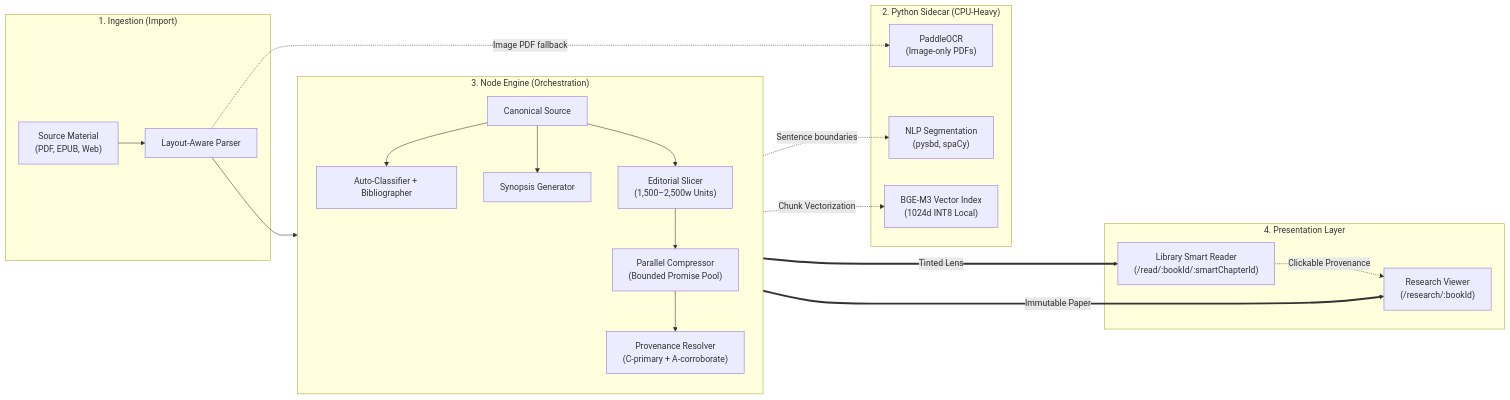
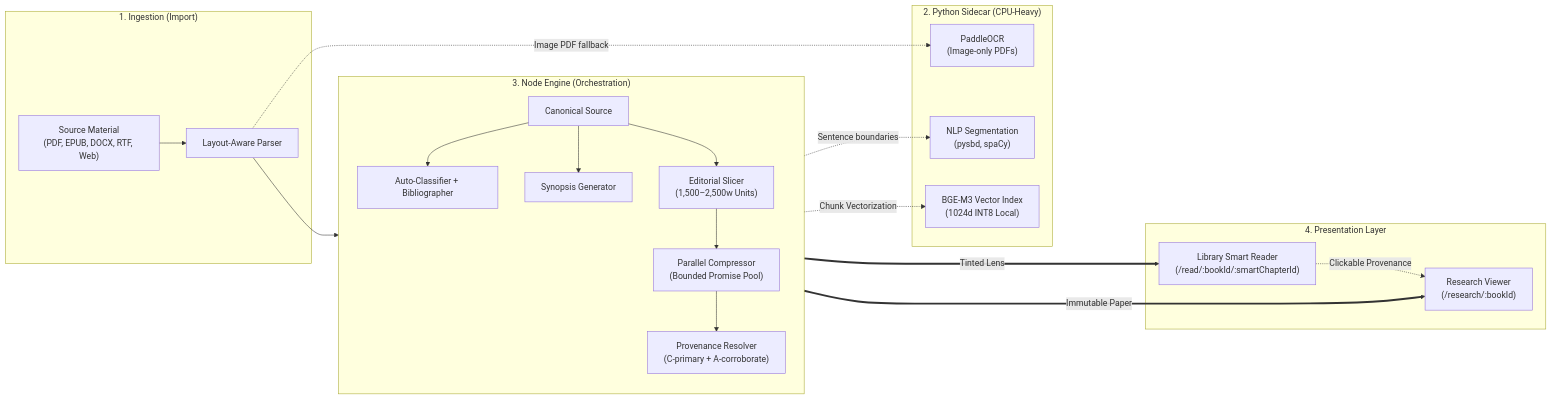
One commit to avengersvstheflash/Smart-Reader changed the diagram in README.md. Above: the diagram before and after it, drawn with Mermaid. The commit also changed other lines of this file and 1 other file, not shown here.

````diff
--- a/README.md
+++ b/README.md
@@ -60,48 +60,48 @@
 ```mermaid
 flowchart LR
     subgraph INGESTION ["1. Ingestion (Import)"]
         RawDoc["Source Material
-(PDF, EPUB, Web)"]
+(PDF, EPUB, DOCX, RTF, Web)"]
         Parser["Layout-Aware Parser"]
         RawDoc --> Parser
     end
 
     subgraph PYTHON_SIDECAR ["2. Python Sidecar (CPU-Heavy)"]
         OCR["PaddleOCR
 (Image-only PDFs)"]
         NLP["NLP Segmentation
 (pysbd, spaCy)"]
         Embedder["BGE-M3 Vector Index
 (1024d INT8 Local)"]
     end
 
     subgraph NODE_ENGINE ["3. Node Engine (Orchestration)"]
         direction TB
         Canon["Canonical Source"]
         Classifier["Auto-Classifier + Bibliographer"]
         Synopsis["Synopsis Generator"]
         Planner["Editorial Slicer
 (1,500–2,500w Units)"]
         Compressor["Parallel Compressor
 (Bounded Promise Pool)"]
         ProvResolver["Provenance Resolver
 (C-primary + A-corroborate)"]
         
         Canon --> Classifier
         Canon --> Synopsis
         Canon --> Planner --> Compressor --> ProvResolver
     end
 
     Parser --> Canon
     Parser -.->|"Image PDF fallback"| OCR
     Canon -.->|"Sentence boundaries"| NLP
     Canon -.->|"Chunk Vectorization"| Embedder
 
     subgraph PRESENTATION ["4. Presentation Layer"]
         Canon ===>|"Immutable Paper"| ResearchViewer["Research Viewer
 (/research/:bookId)"]
         ProvResolver ===>|"Tinted Lens"| LibraryReader["Library Smart Reader
 (/read/:bookId/:smartChapterId)"]
         LibraryReader -.->|"Clickable Provenance"| ResearchViewer
     end
 ```
````
